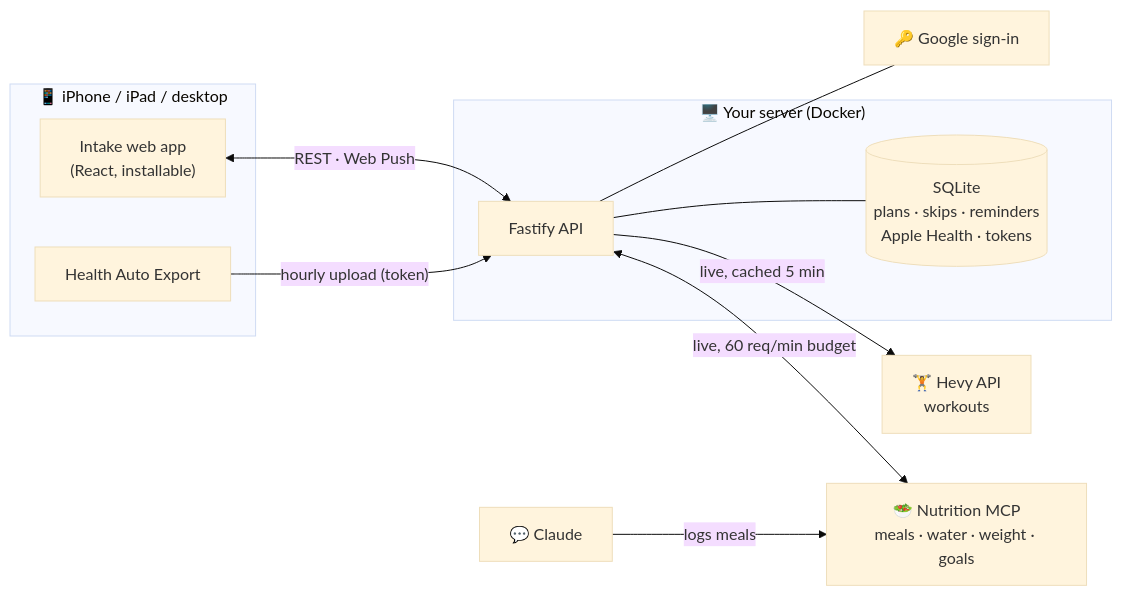
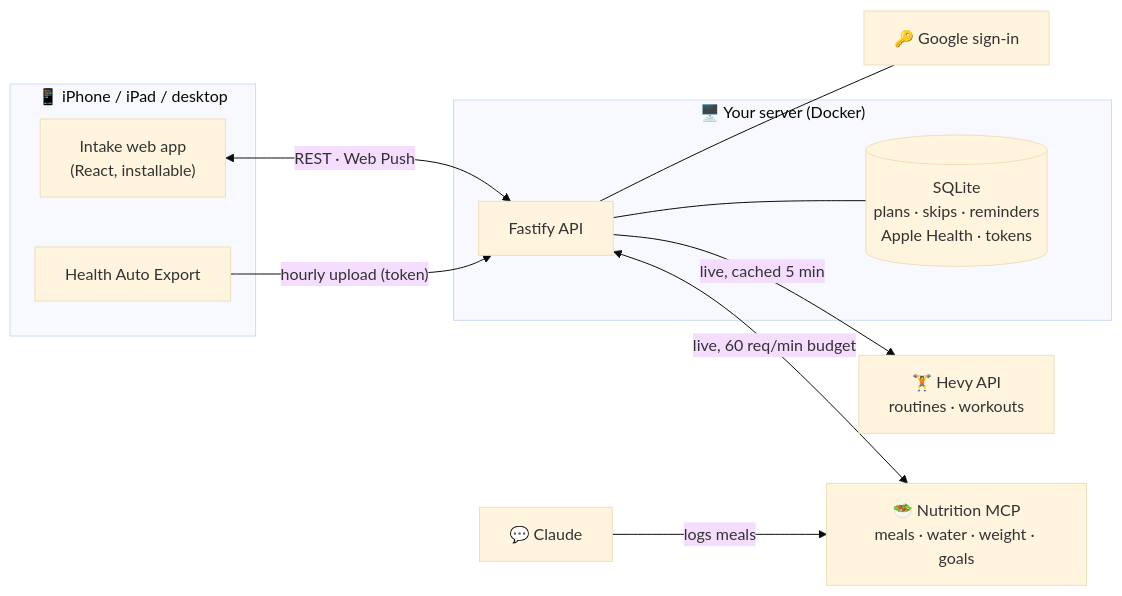
One commit to mandalarigabriele/intake changed the diagram in README.md. Above: the diagram before and after it, drawn with Mermaid (base theme). The commit also changed other lines of this file and 29 other files, not shown here.

````diff
--- a/README.md
+++ b/README.md
@@ -185,23 +191,23 @@
 ```mermaid
 flowchart LR
   subgraph Phone["📱 iPhone / iPad / desktop"]
     PWA["Intake web app<br/>(React, installable)"]
     HAE["Health Auto Export"]
   end
   subgraph Server["🖥️ Your server (Docker)"]
     API["Fastify API"]
     DB[("SQLite<br/>plans · skips · reminders<br/>Apple Health · tokens")]
   end
   NUT["🥗 Nutrition MCP<br/>meals · water · weight · goals"]
-  HEVY["🏋️ Hevy API<br/>workouts"]
+  HEVY["🏋️ Hevy API<br/>routines · workouts"]
   GOOGLE["🔑 Google sign-in"]
   CLAUDE["💬 Claude"]
 
   PWA <-->|"REST · Web Push"| API
   HAE -->|"hourly upload (token)"| API
   API <-->|"live, 60 req/min budget"| NUT
   API -->|"live, cached 5 min"| HEVY
   API --- DB
   API --- GOOGLE
   CLAUDE -->|"logs meals"| NUT
 ```
````
